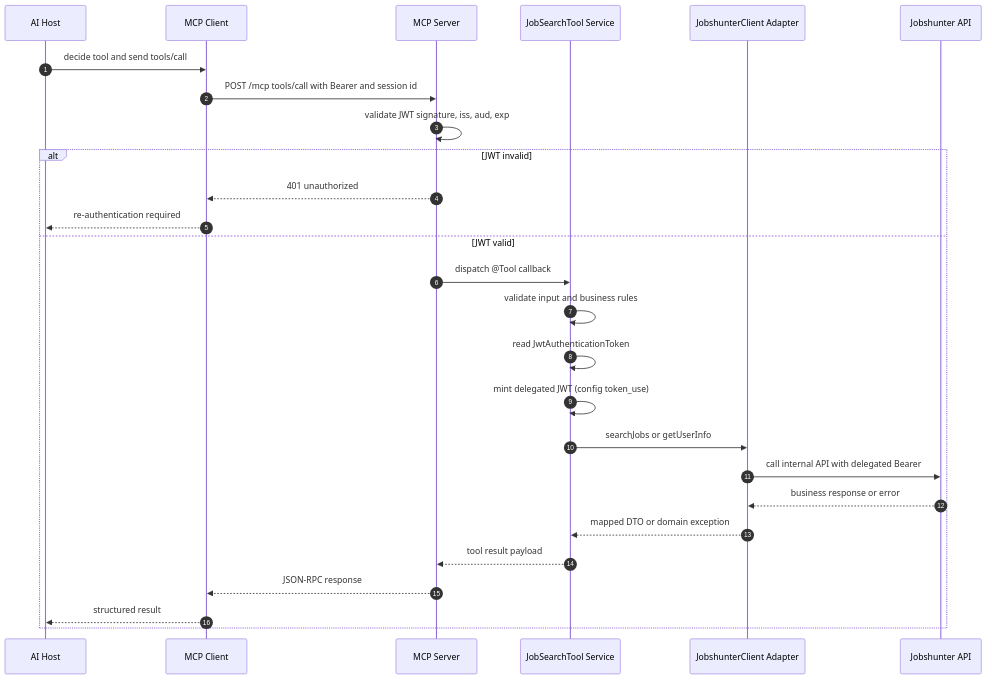
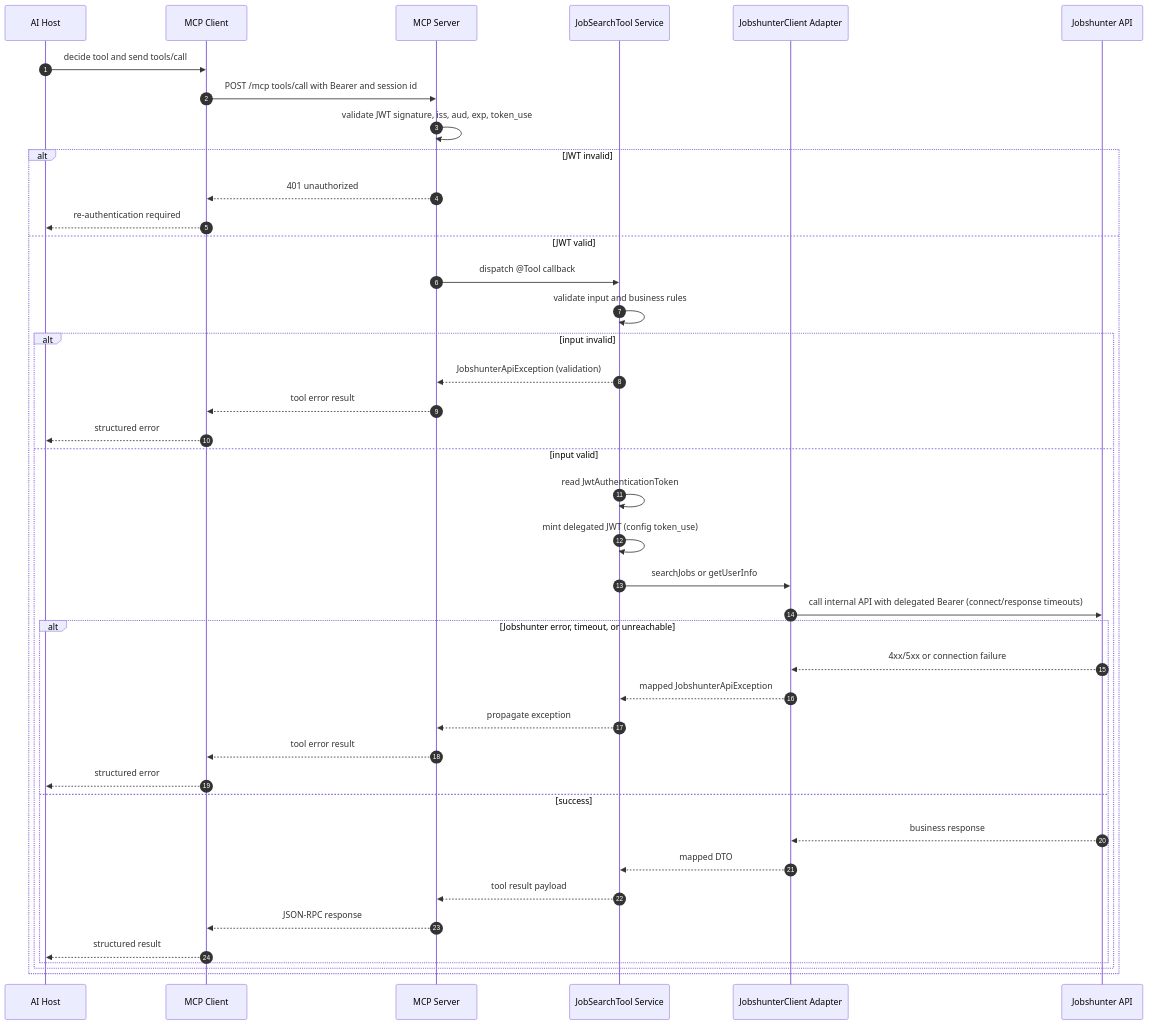
Before and after one commit to crisnct/jobshunter-mcp-server: the diagram in architecture/MCP_Tool_Invocation_Flow.mmd, drawn with Mermaid. The commit also changed 5 other files, not shown here.

Commit message:
Updated diagrams

```diff
--- a/architecture/MCP_Tool_Invocation_Flow.mmd
+++ b/architecture/MCP_Tool_Invocation_Flow.mmd
@@ -1,48 +1,62 @@
 %%{init: {'theme':'base','themeVariables':{
 'fontSize':'16px',
 'fontFamily':'Inter, Segoe UI, Arial',
 'sequenceNumberColor':'#111827',
 'lineColor':'#6b7280'
 },'themeCSS':'
 .actor:nth-of-type(1) rect{fill:#fee2e2!important;stroke:#dc2626!important;stroke-width:2px!important;}
 .actor-line:nth-of-type(1){stroke:#dc2626!important;stroke-width:2px!important;}
 .actor:nth-of-type(2) rect{fill:#dbeafe!important;stroke:#2563eb!important;stroke-width:2px!important;}
 .actor-line:nth-of-type(2){stroke:#2563eb!important;stroke-width:2px!important;}
 .actor:nth-of-type(3) rect{fill:#dcfce7!important;stroke:#16a34a!important;stroke-width:2px!important;}
 .actor-line:nth-of-type(3){stroke:#16a34a!important;stroke-width:2px!important;}
 .actor:nth-of-type(4) rect{fill:#fef3c7!important;stroke:#d97706!important;stroke-width:2px!important;}
 .actor-line:nth-of-type(4){stroke:#d97706!important;stroke-width:2px!important;}
 .actor:nth-of-type(5) rect{fill:#e0e7ff!important;stroke:#4f46e5!important;stroke-width:2px!important;}
 .actor-line:nth-of-type(5){stroke:#4f46e5!important;stroke-width:2px!important;}
 .actor:nth-of-type(6) rect{fill:#ede9fe!important;stroke:#7c3aed!important;stroke-width:2px!important;}
 .actor-line:nth-of-type(6){stroke:#7c3aed!important;stroke-width:2px!important;}
 .messageText{font-size:14px!important;}
 '}}%%
 sequenceDiagram
     autonumber
     participant AIHost as AI Host
     participant McpClient as MCP Client
     participant McpServer as MCP Server
     participant ToolSvc as JobSearchTool Service
     participant JhClient as JobshunterClient Adapter
     participant JobApi as Jobshunter API
 
     AIHost->>McpClient: decide tool and send tools/call
     McpClient->>McpServer: POST /mcp tools/call with Bearer and session id
-    McpServer->>McpServer: validate JWT signature, iss, aud, exp
+    McpServer->>McpServer: validate JWT signature, iss, aud, exp, token_use
     alt JWT invalid
         McpServer-->>McpClient: 401 unauthorized
         McpClient-->>AIHost: re-authentication required
     else JWT valid
         McpServer->>ToolSvc: dispatch @Tool callback
         ToolSvc->>ToolSvc: validate input and business rules
-        ToolSvc->>ToolSvc: read JwtAuthenticationToken
-        ToolSvc->>ToolSvc: mint delegated JWT (config token_use)
-        ToolSvc->>JhClient: searchJobs or getUserInfo
-        JhClient->>JobApi: call internal API with delegated Bearer
-        JobApi-->>JhClient: business response or error
-        JhClient-->>ToolSvc: mapped DTO or domain exception
-        ToolSvc-->>McpServer: tool result payload
-        McpServer-->>McpClient: JSON-RPC response
-        McpClient-->>AIHost: structured result
+        alt input invalid
+            ToolSvc-->>McpServer: JobshunterApiException (validation)
+            McpServer-->>McpClient: tool error result
+            McpClient-->>AIHost: structured error
+        else input valid
+            ToolSvc->>ToolSvc: read JwtAuthenticationToken
+            ToolSvc->>ToolSvc: mint delegated JWT (config token_use)
+            ToolSvc->>JhClient: searchJobs or getUserInfo
+            JhClient->>JobApi: call internal API with delegated Bearer (connect/response timeouts)
+            alt Jobshunter error, timeout, or unreachable
+                JobApi-->>JhClient: 4xx/5xx or connection failure
+                JhClient-->>ToolSvc: mapped JobshunterApiException
+                ToolSvc-->>McpServer: propagate exception
+                McpServer-->>McpClient: tool error result
+                McpClient-->>AIHost: structured error
+            else success
+                JobApi-->>JhClient: business response
+                JhClient-->>ToolSvc: mapped DTO
+                ToolSvc-->>McpServer: tool result payload
+                McpServer-->>McpClient: JSON-RPC response
+                McpClient-->>AIHost: structured result
+            end
+        end
     end
```
